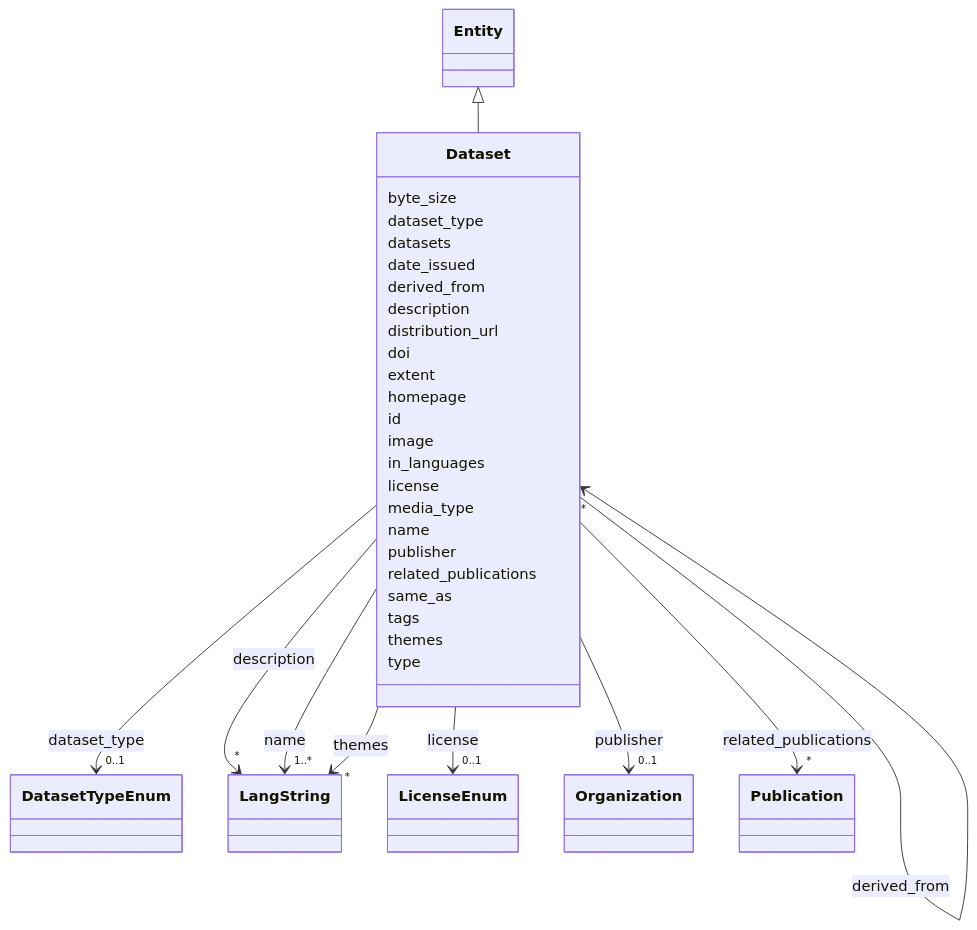
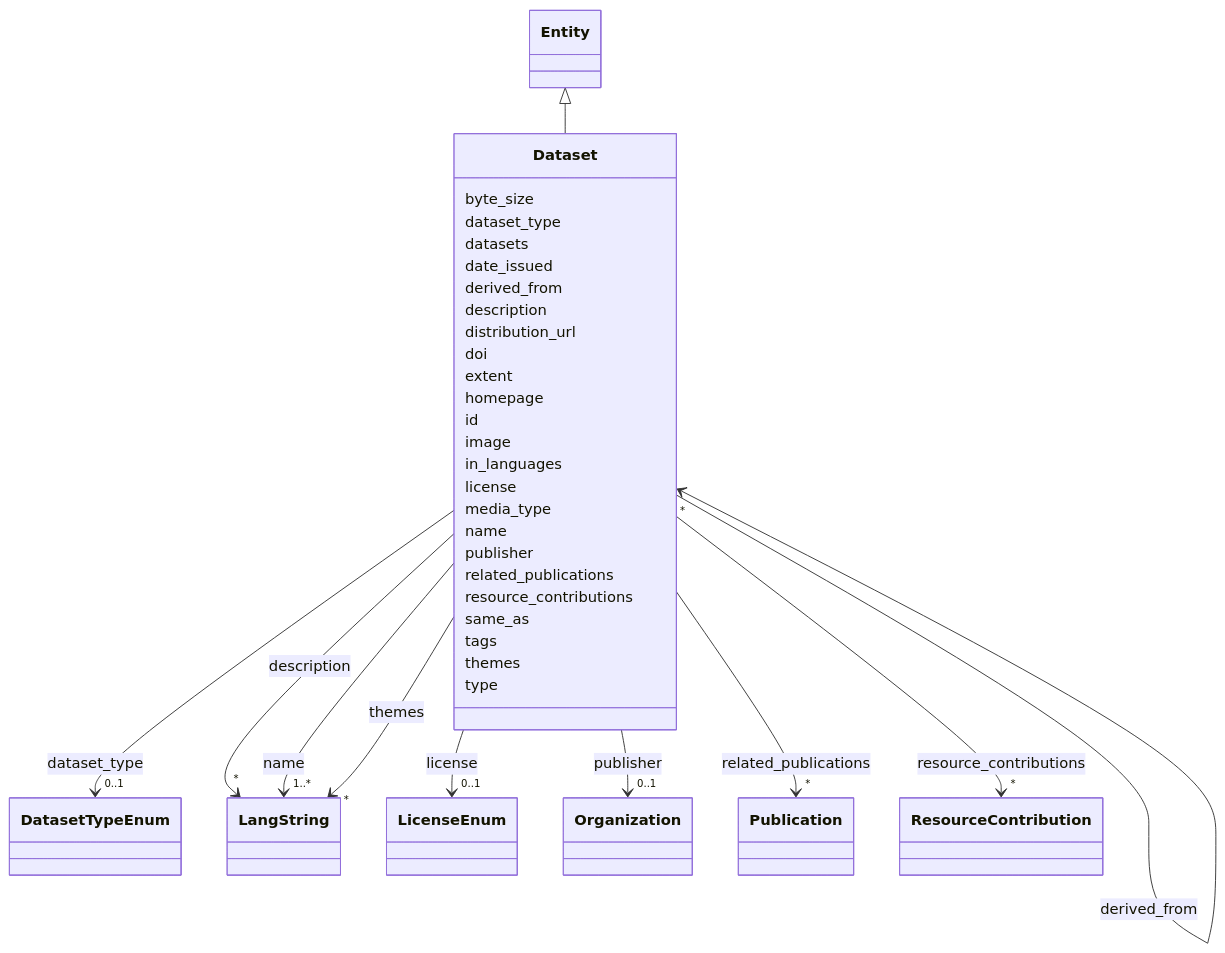
Before and after one commit to DARIAH-IL/idhi-manifests: the diagram in docs/classes/Dataset.md, drawn with Mermaid. The commit also changed other lines of this file and 68 other files, not shown here.

```diff
--- a/docs/classes/Dataset.md
+++ b/docs/classes/Dataset.md
@@ -148,6 +148,19 @@
     
 
         
+      Dataset : resource_contributions
+        
+          
+    
+        
+        
+        Dataset --> "*" ResourceContribution : resource_contributions
+        
+        click ResourceContribution href "../../classes/ResourceContribution/"
+        
+    
+
+        
       Dataset : same_as
         
       Dataset : tags
```
